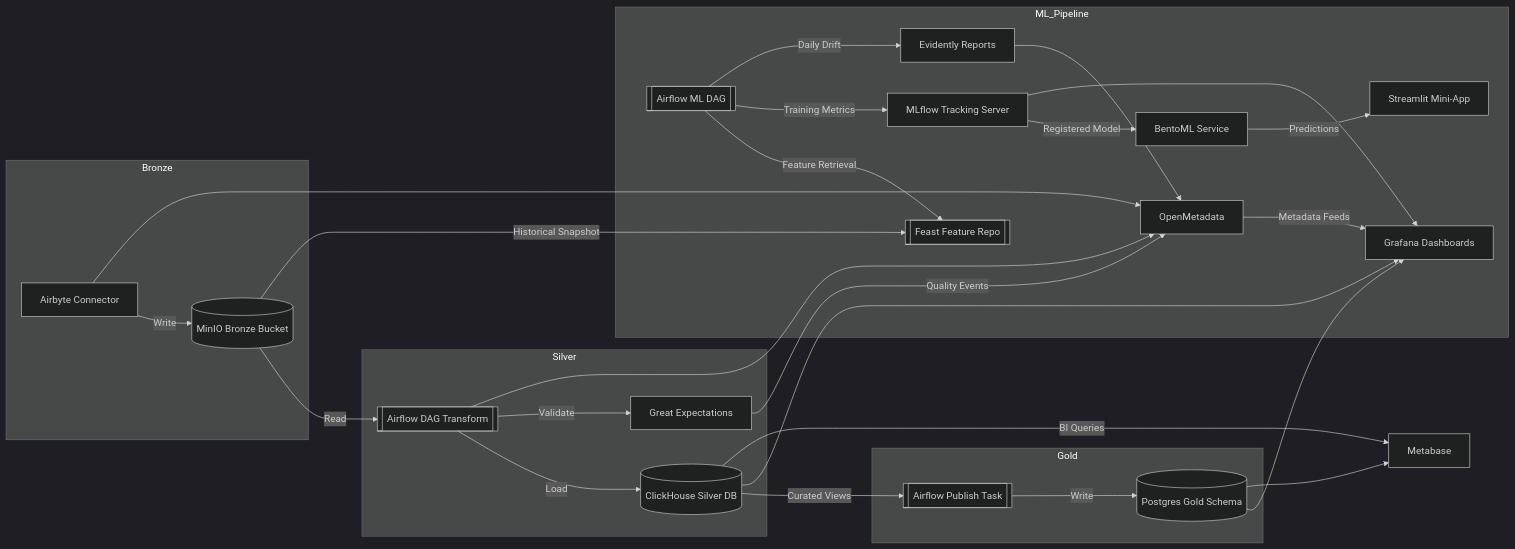
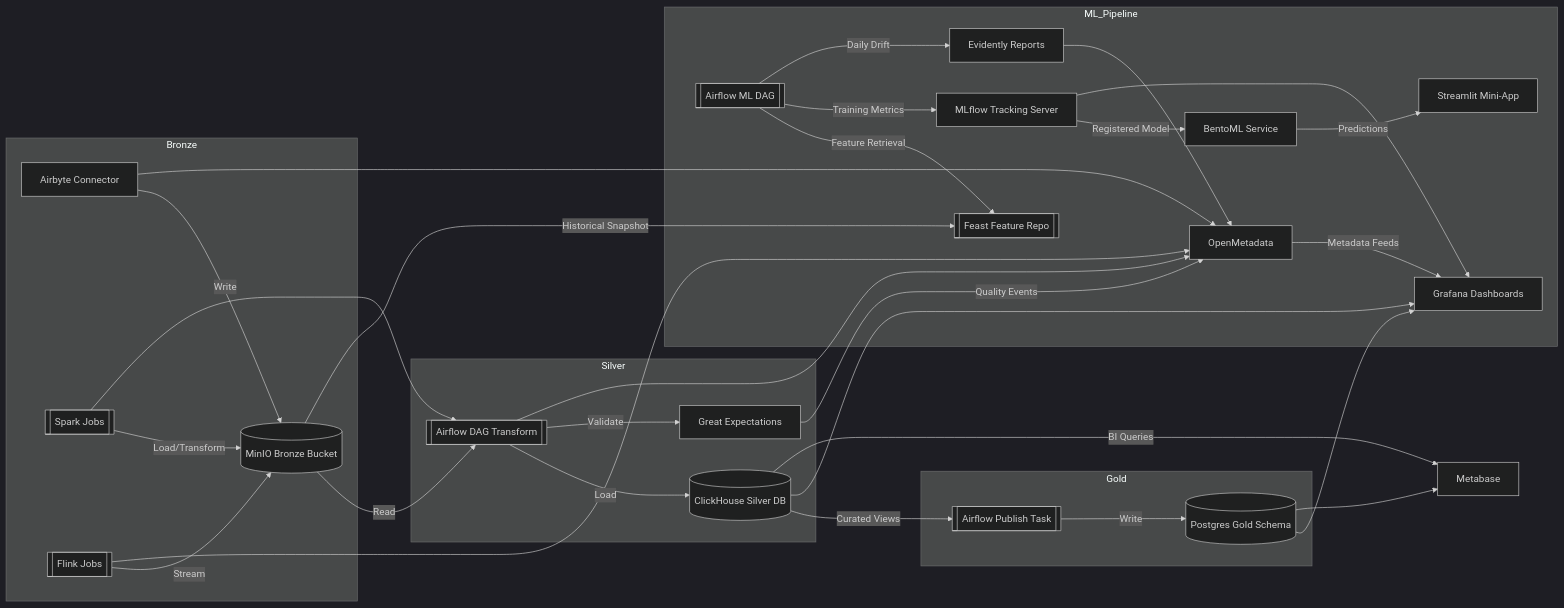
One commit to aikirias/OneRing changed the diagram in docs/architecture.md. Above: the diagram before and after it, drawn with Mermaid (dark theme). The commit also changed other lines of this file and 4 other files, not shown here.

Commit message:
Add Spark and Flink services to ingestion profile

````diff
--- a/docs/architecture.md
+++ b/docs/architecture.md
@@ -23,40 +25,44 @@
 ```mermaid
 flowchart LR
     subgraph Bronze
         AB[Airbyte Connector]
         AB -->|Write| MIO[(MinIO Bronze Bucket)]
+        Spark[[Spark Jobs]] -->|Load/Transform| MIO
+        Flink[[Flink Jobs]] -->|Stream| MIO
     end
 
     subgraph Silver
         AF[[Airflow DAG Transform]] -->|Load| CH[(ClickHouse Silver DB)]
         MIO -->|Read| AF
         AF -->|Validate| GE[Great Expectations]
     end
 
     subgraph Gold
         CH -->|Curated Views| AF2[[Airflow Publish Task]]
         AF2 -->|Write| PG[(Postgres Gold Schema)]
     end
 
     GE -->|Quality Events| OM[OpenMetadata]
     AF --> OM
+    Spark --> AF
+    Flink --> OM
     AB --> OM
 
     OM -->|Metadata Feeds| GF[Grafana Dashboards]
     CH --> GF
     PG --> GF
     CH -->|BI Queries| MB[Metabase]
     PG --> MB
 
     subgraph ML_Pipeline
         FS[[Feast Feature Repo]]
         MIO -->|Historical Snapshot| FS
         AF3[[Airflow ML DAG]] -->|Feature Retrieval| FS
         AF3 -->|Training Metrics| MLW[MLflow Tracking Server]
         MLW -->|Registered Model| Bento[BentoML Service]
         Bento -->|Predictions| App[Streamlit Mini-App]
         AF3 -->|Daily Drift| Evidently[Evidently Reports]
         Evidently --> OM
         MLW --> GF
     end
 ```
````
